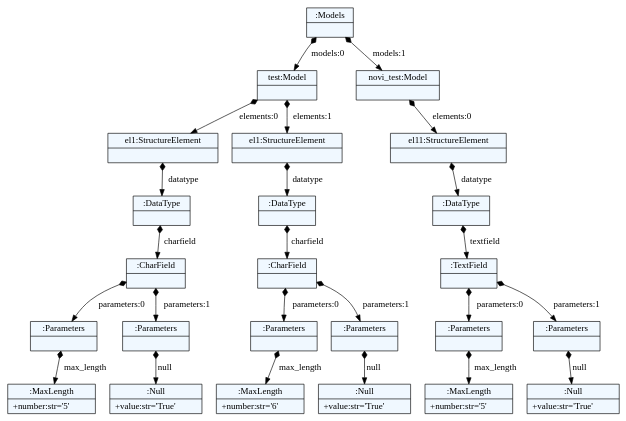
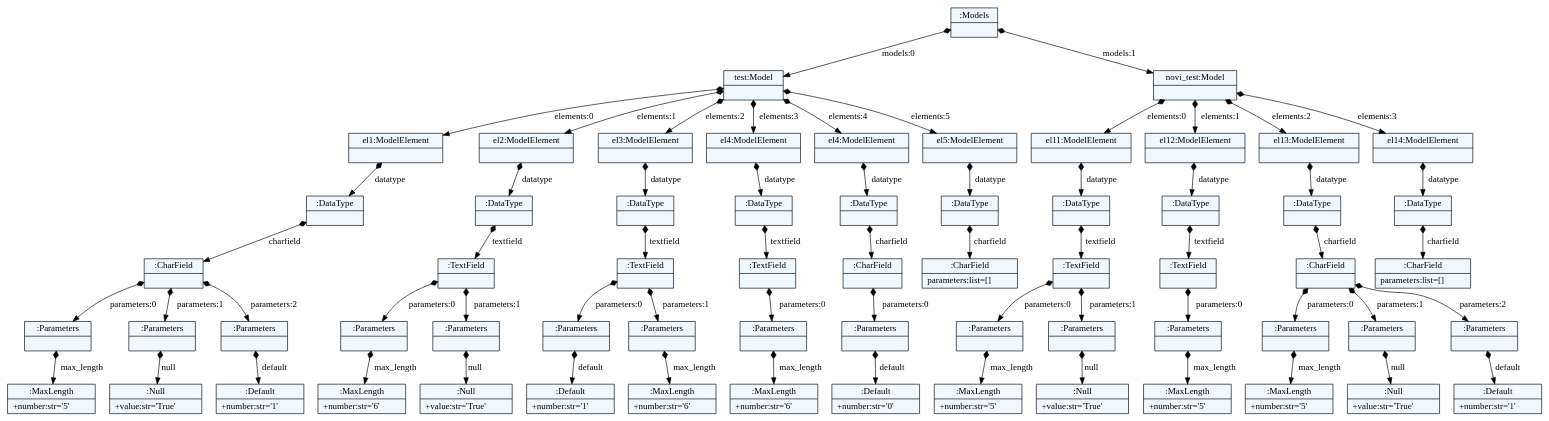
One commit to Booorkoo/JSD changed the diagram in test.dot. Above: the diagram before and after it, drawn with Graphviz. The commit also changed 5 other files, not shown here.

```diff
--- a/test.dot
+++ b/test.dot
@@ -1,62 +1,140 @@
 
     digraph xtext {
     fontname = "Bitstream Vera Sans"
     fontsize = 8
     node[
         shape=record,
         style=filled,
         fillcolor=aliceblue
     ]
     nodesep = 0.3
     edge[dir=black,arrowtail=empty]
 
 
-2955652393280 -> 2955652428240 [label="models:0" arrowtail=diamond dir=both]
-2955652428240 -> 2955652428520 [label="elements:0" arrowtail=diamond dir=both]
-2955652428520 -> 2955652428744 [label="datatype" arrowtail=diamond dir=both]
-2955652428744 -> 2955652428856 [label="charfield" arrowtail=diamond dir=both]
-2955652428856 -> 2955652429136 [label="parameters:0" arrowtail=diamond dir=both]
-2955652429136 -> 2955652429248 [label="max_length" arrowtail=diamond dir=both]
-2955652429248[label="{:MaxLength|+number:str='5'\l}"]
-2955652429136[label="{:Parameters|}"]
-2955652428856 -> 2955652429192 [label="parameters:1" arrowtail=diamond dir=both]
-2955652429192 -> 2955652429360 [label="null" arrowtail=diamond dir=both]
-2955652429360[label="{:Null|+value:str='True'\l}"]
-2955652429192[label="{:Parameters|}"]
-2955652428856[label="{:CharField|}"]
-2955652428744[label="{:DataType|}"]
-2955652428520[label="{el1:StructureElement|}"]
-2955652428240 -> 2955652428632 [label="elements:1" arrowtail=diamond dir=both]
-2955652428632 -> 2955652428912 [label="datatype" arrowtail=diamond dir=both]
-2955652428912 -> 2955652429080 [label="charfield" arrowtail=diamond dir=both]
-2955652429080 -> 2955652429584 [label="parameters:0" arrowtail=diamond dir=both]
-2955652429584 -> 2955652429640 [label="max_length" arrowtail=diamond dir=both]
-2955652429640[label="{:MaxLength|+number:str='6'\l}"]
-2955652429584[label="{:Parameters|}"]
-2955652429080 -> 2955652429528 [label="parameters:1" arrowtail=diamond dir=both]
-2955652429528 -> 2955652429752 [label="null" arrowtail=diamond dir=both]
-2955652429752[label="{:Null|+value:str='True'\l}"]
-2955652429528[label="{:Parameters|}"]
-2955652429080[label="{:CharField|}"]
-2955652428912[label="{:DataType|}"]
-2955652428632[label="{el1:StructureElement|}"]
-2955652428240[label="{test:Model|}"]
-2955652393280 -> 2955652428464 [label="models:1" arrowtail=diamond dir=both]
-2955652428464 -> 2955652428688 [label="elements:0" arrowtail=diamond dir=both]
-2955652428688 -> 2955652429304 [label="datatype" arrowtail=diamond dir=both]
-2955652429304 -> 2955652429472 [label="textfield" arrowtail=diamond dir=both]
-2955652429472 -> 2955652429920 [label="parameters:0" arrowtail=diamond dir=both]
-2955652429920 -> 2955652430088 [label="max_length" arrowtail=diamond dir=both]
-2955652430088[label="{:MaxLength|+number:str='5'\l}"]
-2955652429920[label="{:Parameters|}"]
-2955652429472 -> 2955652430032 [label="parameters:1" arrowtail=diamond dir=both]
-2955652430032 -> 2955652430200 [label="null" arrowtail=diamond dir=both]
-2955652430200[label="{:Null|+value:str='True'\l}"]
-2955652430032[label="{:Parameters|}"]
-2955652429472[label="{:TextField|}"]
-2955652429304[label="{:DataType|}"]
-2955652428688[label="{el11:StructureElement|}"]
-2955652428464[label="{novi_test:Model|}"]
-2955652393280[label="{:Models|}"]
+2771133582752 -> 2771133776280 [label="models:0" arrowtail=diamond dir=both]
+2771133776280 -> 2771133777344 [label="elements:0" arrowtail=diamond dir=both]
+2771133777344 -> 2771133777008 [label="datatype" arrowtail=diamond dir=both]
+2771133777008 -> 2771133777288 [label="charfield" arrowtail=diamond dir=both]
+2771133777288 -> 2771133777568 [label="parameters:0" arrowtail=diamond dir=both]
+2771133777568 -> 2771133777680 [label="max_length" arrowtail=diamond dir=both]
+2771133777680[label="{:MaxLength|+number:str='5'\l}"]
+2771133777568[label="{:Parameters|}"]
+2771133777288 -> 2771133777624 [label="parameters:1" arrowtail=diamond dir=both]
+2771133777624 -> 2771133777792 [label="null" arrowtail=diamond dir=both]
+2771133777792[label="{:Null|+value:str='True'\l}"]
+2771133777624[label="{:Parameters|}"]
+2771133777288 -> 2771133777736 [label="parameters:2" arrowtail=diamond dir=both]
+2771133777736 -> 2771133777848 [label="default" arrowtail=diamond dir=both]
+2771133777848[label="{:Default|+number:str='1'\l}"]
+2771133777736[label="{:Parameters|}"]
+2771133777288[label="{:CharField|}"]
+2771133777008[label="{:DataType|}"]
+2771133777344[label="{el1:ModelElement|}"]
+2771133776280 -> 2771133776896 [label="elements:1" arrowtail=diamond dir=both]
+2771133776896 -> 2771133776952 [label="datatype" arrowtail=diamond dir=both]
+2771133776952 -> 2771133777512 [label="textfield" arrowtail=diamond dir=both]
+2771133777512 -> 2771133778128 [label="parameters:0" arrowtail=diamond dir=both]
+2771133778128 -> 2771133778184 [label="max_length" arrowtail=diamond dir=both]
+2771133778184[label="{:MaxLength|+number:str='6'\l}"]
+2771133778128[label="{:Parameters|}"]
+2771133777512 -> 2771133778072 [label="parameters:1" arrowtail=diamond dir=both]
+2771133778072 -> 2771133778296 [label="null" arrowtail=diamond dir=both]
+2771133778296[label="{:Null|+value:str='True'\l}"]
+2771133778072[label="{:Parameters|}"]
+2771133777512[label="{:TextField|}"]
+2771133776952[label="{:DataType|}"]
+2771133776896[label="{el2:ModelElement|}"]
+2771133776280 -> 2771133776728 [label="elements:2" arrowtail=diamond dir=both]
+2771133776728 -> 2771133777456 [label="datatype" arrowtail=diamond dir=both]
+2771133777456 -> 2771133777960 [label="textfield" arrowtail=diamond dir=both]
+2771133777960 -> 2771133778520 [label="parameters:0" arrowtail=diamond dir=both]
+2771133778520 -> 2771133778576 [label="default" arrowtail=diamond dir=both]
+2771133778576[label="{:Default|+number:str='1'\l}"]
+2771133778520[label="{:Parameters|}"]
+2771133777960 -> 2771133778464 [label="parameters:1" arrowtail=diamond dir=both]
+2771133778464 -> 2771133778688 [label="max_length" arrowtail=diamond dir=both]
+2771133778688[label="{:MaxLength|+number:str='6'\l}"]
+2771133778464[label="{:Parameters|}"]
+2771133777960[label="{:TextField|}"]
+2771133777456[label="{:DataType|}"]
+2771133776728[label="{el3:ModelElement|}"]
+2771133776280 -> 2771133776784 [label="elements:3" arrowtail=diamond dir=both]
+2771133776784 -> 2771133778016 [label="datatype" arrowtail=diamond dir=both]
+2771133778016 -> 2771133778352 [label="textfield" arrowtail=diamond dir=both]
+2771133778352 -> 2771133778912 [label="parameters:0" arrowtail=diamond dir=both]
+2771133778912 -> 2771133778968 [label="max_length" arrowtail=diamond dir=both]
+2771133778968[label="{:MaxLength|+number:str='6'\l}"]
+2771133778912[label="{:Parameters|}"]
+2771133778352[label="{:TextField|}"]
+2771133778016[label="{:DataType|}"]
+2771133776784[label="{el4:ModelElement|}"]
+2771133776280 -> 2771133777176 [label="elements:4" arrowtail=diamond dir=both]
+2771133777176 -> 2771133778408 [label="datatype" arrowtail=diamond dir=both]
+2771133778408 -> 2771133778744 [label="charfield" arrowtail=diamond dir=both]
+2771133778744 -> 2771133779192 [label="parameters:0" arrowtail=diamond dir=both]
+2771133779192 -> 2771133779248 [label="default" arrowtail=diamond dir=both]
+2771133779248[label="{:Default|+number:str='0'\l}"]
+2771133779192[label="{:Parameters|}"]
+2771133778744[label="{:CharField|}"]
+2771133778408[label="{:DataType|}"]
+2771133777176[label="{el4:ModelElement|}"]
+2771133776280 -> 2771133777904 [label="elements:5" arrowtail=diamond dir=both]
+2771133777904 -> 2771133778800 [label="datatype" arrowtail=diamond dir=both]
+2771133778800 -> 2771133779080 [label="charfield" arrowtail=diamond dir=both]
+2771133779080[label="{:CharField|parameters:list=[]\l}"]
+2771133778800[label="{:DataType|}"]
+2771133777904[label="{el5:ModelElement|}"]
+2771133776280[label="{test:Model|}"]
+2771133582752 -> 2771133777400 [label="models:1" arrowtail=diamond dir=both]
+2771133777400 -> 2771133778240 [label="elements:0" arrowtail=diamond dir=both]
+2771133778240 -> 2771133779136 [label="datatype" arrowtail=diamond dir=both]
+2771133779136 -> 2771133779360 [label="textfield" arrowtail=diamond dir=both]
+2771133779360 -> 2771133779640 [label="parameters:0" arrowtail=diamond dir=both]
+2771133779640 -> 2771133779752 [label="max_length" arrowtail=diamond dir=both]
+2771133779752[label="{:MaxLength|+number:str='5'\l}"]
+2771133779640[label="{:Parameters|}"]
+2771133779360 -> 2771133779696 [label="parameters:1" arrowtail=diamond dir=both]
+2771133779696 -> 2771133779864 [label="null" arrowtail=diamond dir=both]
+2771133779864[label="{:Null|+value:str='True'\l}"]
+2771133779696[label="{:Parameters|}"]
+2771133779360[label="{:TextField|}"]
+2771133779136[label="{:DataType|}"]
+2771133778240[label="{el11:ModelElement|}"]
+2771133777400 -> 2771133778856 [label="elements:1" arrowtail=diamond dir=both]
+2771133778856 -> 2771133779472 [label="datatype" arrowtail=diamond dir=both]
+2771133779472 -> 2771133779584 [label="textfield" arrowtail=diamond dir=both]
+2771133779584 -> 2771133817016 [label="parameters:0" arrowtail=diamond dir=both]
+2771133817016 -> 2771133817072 [label="max_length" arrowtail=diamond dir=both]
+2771133817072[label="{:MaxLength|+number:str='5'\l}"]
+2771133817016[label="{:Parameters|}"]
+2771133779584[label="{:TextField|}"]
+2771133779472[label="{:DataType|}"]
+2771133778856[label="{el12:ModelElement|}"]
+2771133777400 -> 2771133779024 [label="elements:2" arrowtail=diamond dir=both]
+2771133779024 -> 2771133779528 [label="datatype" arrowtail=diamond dir=both]
+2771133779528 -> 2771133779920 [label="charfield" arrowtail=diamond dir=both]
+2771133779920 -> 2771133817296 [label="parameters:0" arrowtail=diamond dir=both]
+2771133817296 -> 2771133817352 [label="max_length" arrowtail=diamond dir=both]
+2771133817352[label="{:MaxLength|+number:str='5'\l}"]
+2771133817296[label="{:Parameters|}"]
+2771133779920 -> 2771133817240 [label="parameters:1" arrowtail=diamond dir=both]
+2771133817240 -> 2771133817464 [label="null" arrowtail=diamond dir=both]
+2771133817464[label="{:Null|+value:str='True'\l}"]
+2771133817240[label="{:Parameters|}"]
+2771133779920 -> 2771133817408 [label="parameters:2" arrowtail=diamond dir=both]
+2771133817408 -> 2771133817520 [label="default" arrowtail=diamond dir=both]
+2771133817520[label="{:Default|+number:str='1'\l}"]
+2771133817408[label="{:Parameters|}"]
+2771133779920[label="{:CharField|}"]
+2771133779528[label="{:DataType|}"]
+2771133779024[label="{el13:ModelElement|}"]
+2771133777400 -> 2771133779304 [label="elements:3" arrowtail=diamond dir=both]
+2771133779304 -> 2771133779808 [label="datatype" arrowtail=diamond dir=both]
+2771133779808 -> 2771133817184 [label="charfield" arrowtail=diamond dir=both]
+2771133817184[label="{:CharField|parameters:list=[]\l}"]
+2771133779808[label="{:DataType|}"]
+2771133779304[label="{el14:ModelElement|}"]
+2771133777400[label="{novi_test:Model|}"]
+2771133582752[label="{:Models|}"]
 
 }
```
